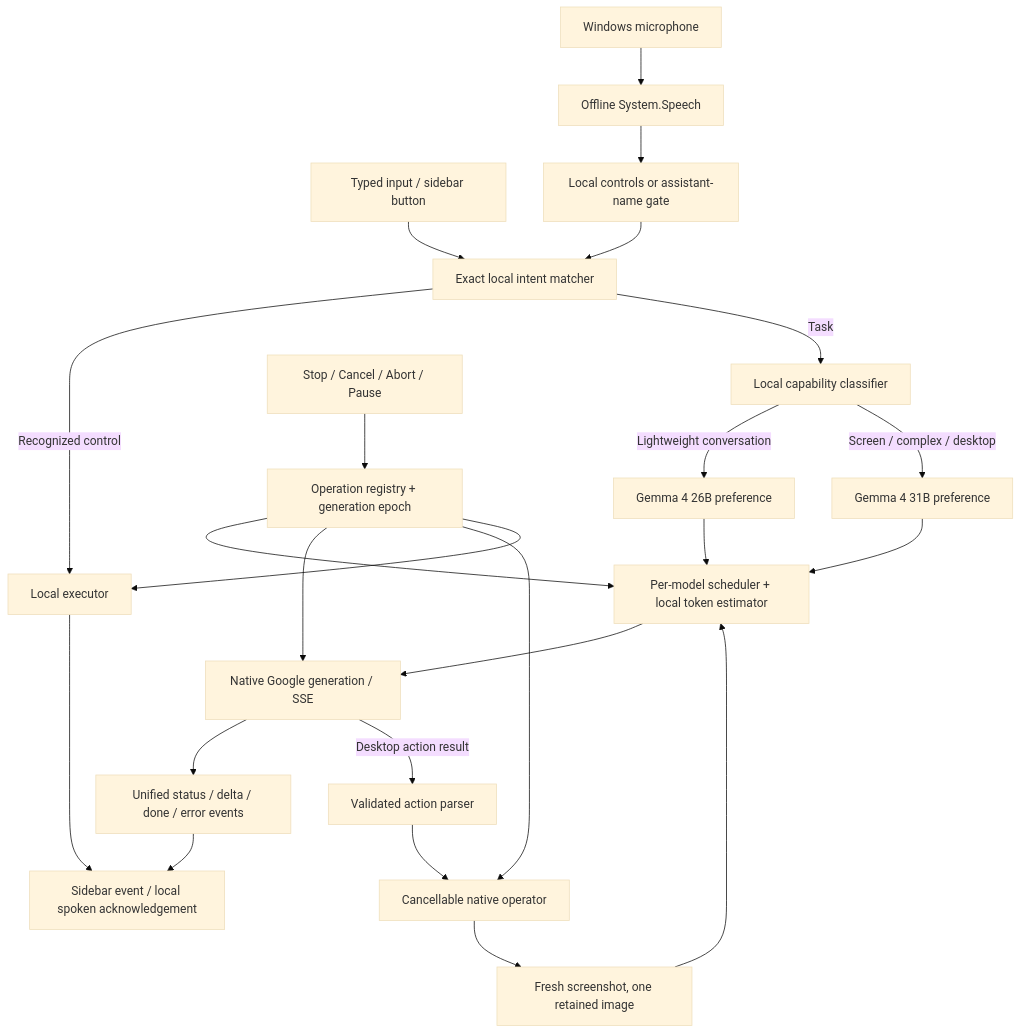
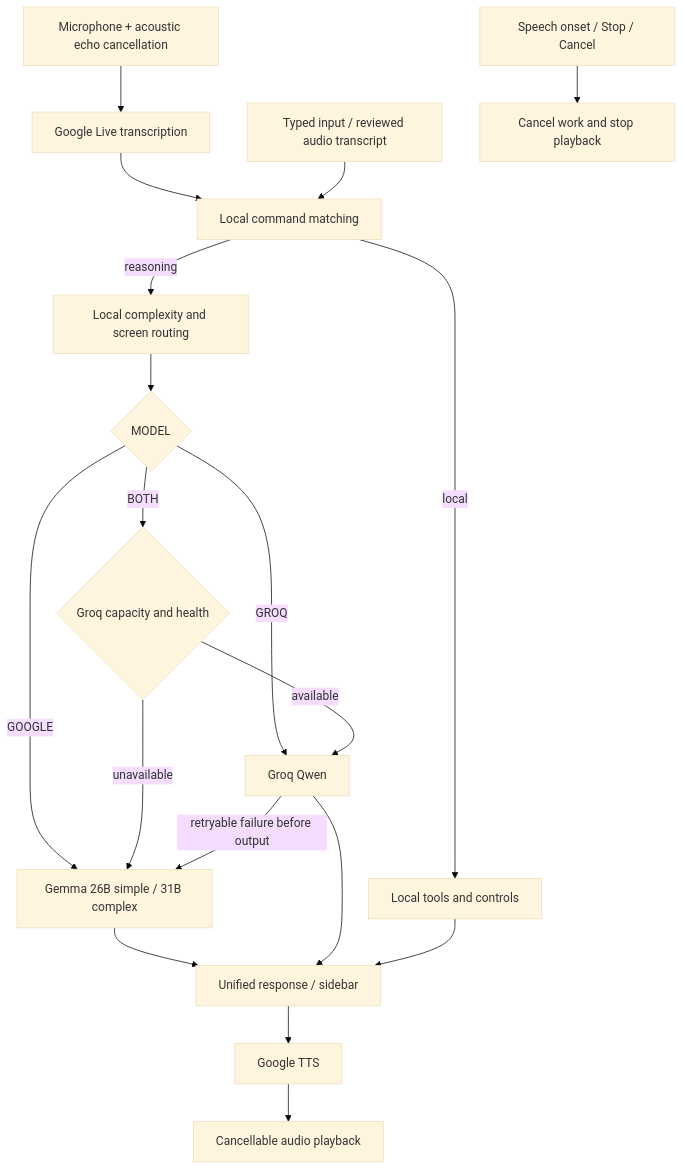
The diagram in docs/ARCHITECTURE.md (himanshudidathing/gemini-desktop-voice), drawn with Mermaid (base theme) before and after one commit. The commit also changed other lines of this file and 31 other files, not shown here.

Commit message:
feat: restore Google voice and add Groq vision with refined assistant UI

````diff
--- a/docs/ARCHITECTURE.md
+++ b/docs/ARCHITECTURE.md
@@ -7,26 +5,21 @@
 ```mermaid
 flowchart TD
-  A[Typed input / sidebar button] --> C[Exact local intent matcher]
-  B[Windows microphone] --> S[Offline System.Speech]
-  S --> W[Local controls or assistant-name gate]
-  W --> C
-  C -->|Recognized control| L[Local executor]
-  L --> U[Sidebar event / local spoken acknowledgement]
-  C -->|Task| K[Local capability classifier]
-  K -->|Lightweight conversation| F[Gemma 4 26B preference]
-  K -->|Screen / complex / desktop| D[Gemma 4 31B preference]
-  F --> Q[Per-model scheduler + local token estimator]
-  D --> Q
-  Q --> R[Native Google generation / SSE]
-  R --> E[Unified status / delta / done / error events]
-  E --> U
-  R -->|Desktop action result| G[Validated action parser]
-  G --> N[Cancellable native operator]
-  N --> I[Fresh screenshot, one retained image]
-  I --> Q
-  X[Stop / Cancel / Abort / Pause] --> O[Operation registry + generation epoch]
-  O --> Q
-  O --> R
-  O --> N
-  O --> L
+  Mic[Microphone + acoustic echo cancellation] --> STT[Google Live transcription]
+  STT --> Intent[Local command matching]
+  Text[Typed input / reviewed audio transcript] --> Intent
+  Intent -->|local| Local[Local tools and controls]
+  Intent -->|reasoning| Classify[Local complexity and screen routing]
+  Classify --> Mode{MODEL}
+  Mode -->|GOOGLE| Google[Gemma 26B simple / 31B complex]
+  Mode -->|GROQ| Groq[Groq Qwen]
+  Mode -->|BOTH| Capacity{Groq capacity and health}
+  Capacity -->|available| Groq
+  Capacity -->|unavailable| Google
+  Groq -->|retryable failure before output| Google
+  Google --> Answer[Unified response / sidebar]
+  Groq --> Answer
+  Local --> Answer
+  Answer --> TTS[Google TTS]
+  TTS --> Player[Cancellable audio playback]
+  Barge[Speech onset / Stop / Cancel] --> Cancel[Cancel work and stop playback]
 ```
````
